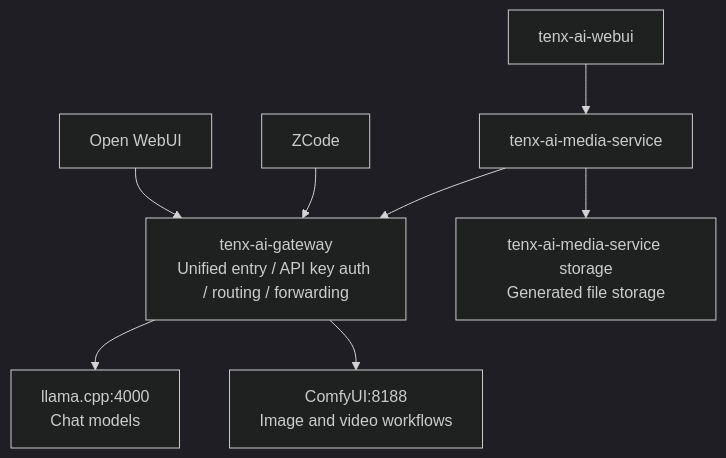
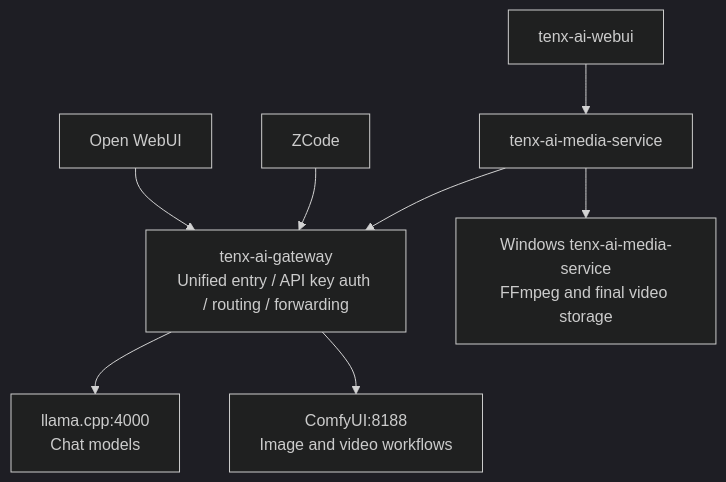
The diagram in README.md (doudouli103-dot/tenx-ai-gateway), drawn with Mermaid (dark theme) before and after one commit. The commit also changed other lines of this file and 10 other files, not shown here.

````diff
--- a/README.md
+++ b/README.md
@@ -47,23 +47,23 @@
 ```mermaid
 flowchart TD
     A1[Open WebUI]
     A2[ZCode]
     A3[tenx-ai-media-service]
     A4[tenx-ai-webui]
 
     G[tenx-ai-gateway<br/>Unified entry / API key auth / routing / forwarding]
 
     T[llama.cpp:4000<br/>Chat models]
     C[ComfyUI:8188<br/>Image and video workflows]
-    S[tenx-ai-media-service storage<br/>Generated file storage]
+    S[Windows tenx-ai-media-service<br/>FFmpeg and final video storage]
 
     A1 --> G
     A2 --> G
     A4 --> A3
     A3 --> G
 
     G --> T
     G --> C
 
     A3 --> S
 ```
````
